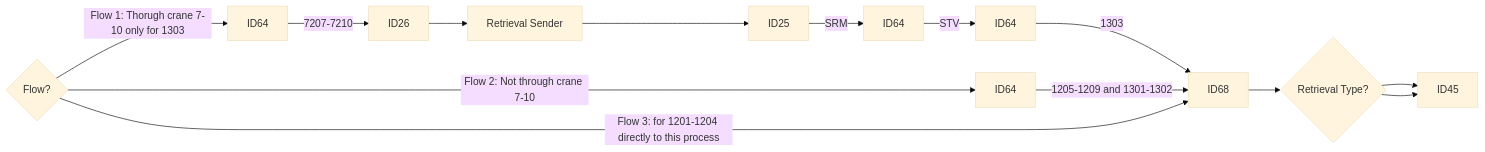
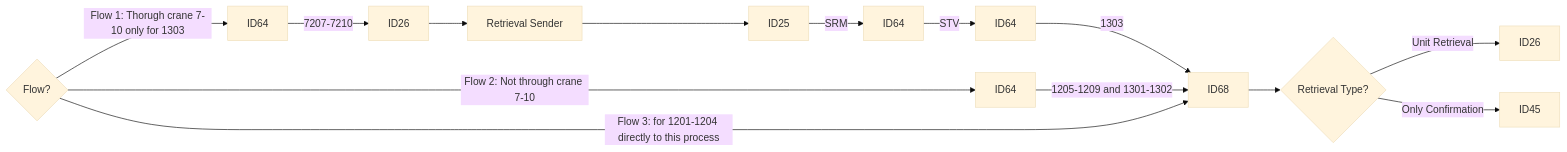
Before and after one commit to luthfiadityaa/SimeDarby-Wiki: the third of 16 diagrams in Basic-Design/DFD-WMS/Retrieval/Specific-Location-Retrieval-Setting.md, drawn with Mermaid (base theme).

Commit message:
Updated Specific Location Retrieval Setting

```diff
--- a/Basic-Design/DFD-WMS/Retrieval/Specific-Location-Retrieval-Setting.md
+++ b/Basic-Design/DFD-WMS/Retrieval/Specific-Location-Retrieval-Setting.md
@@ -18,13 +18,13 @@
 ::: mermaid
 flowchart LR
 
 Cond1{Flow?} 
 
 Cond1{Flow?}--> |Flow 1: Thorugh crane 7-10 only for 1303| P5[ID64]--> |7207-7210| P8[ID26]-->P9[Retrieval Sender]-->P10[ID25]--> |SRM| P11[ID64]--> |STV| P12[ID64]--> |1303| P7[ID68]
 Cond1{Flow?}--> |Flow 2: Not through crane 7-10| P6[ID64]--> |1205-1209 and 1301-1302| P7[ID68]
 Cond1{Flow?}--> |Flow 3: for 1201-1204 directly to this process| P7[ID68]
 
 P7[ID68]-->Cond2{Retrieval Type?} 
-Cond2{Retrieval Type?}-->P13[ID26]
-Cond2{Retrieval Type?}-->P13[ID45]
+Cond2{Retrieval Type?}--> |Unit Retrieval| P13[ID26]
+Cond2{Retrieval Type?}--> |Only Confirmation| P14[ID45]
 :::
```
